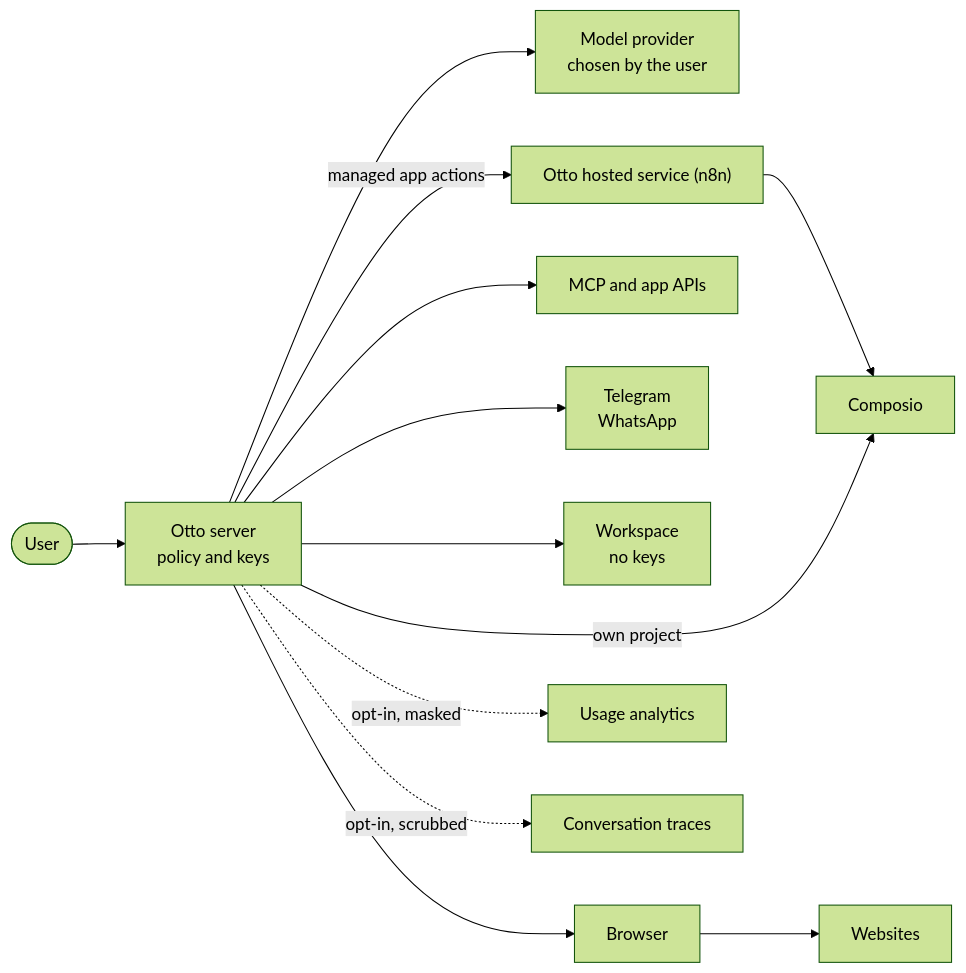
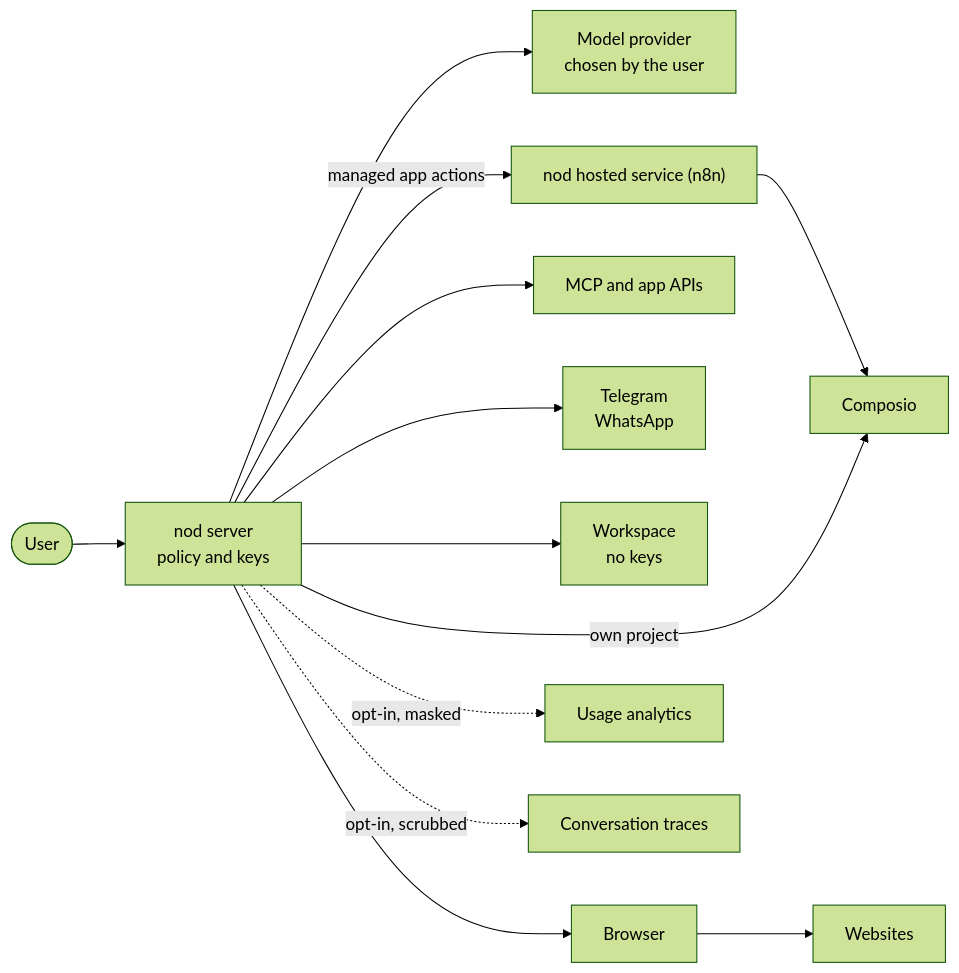
The diagram in docs/src/content/docs/trust/security-review.mdx (KrishBhimani/nod), drawn with Mermaid (forest theme) before and after one commit. The commit also changed other lines of this file and 380 other files, not shown here.

Commit message:
feat!: rename Otto to nod (#398)

````diff
--- a/docs/src/content/docs/trust/security-review.mdx
+++ b/docs/src/content/docs/trust/security-review.mdx
@@ -22,14 +22,14 @@
 ```mermaid
 flowchart LR
-  user([User]):::accent --> server[Otto server<br/>policy and keys]
+  user([User]):::accent --> server[nod server<br/>policy and keys]
   server --> model[Model provider<br/>chosen by the user]
-  server -- managed app actions --> managed["Otto hosted service (n8n)"]
+  server -- managed app actions --> managed["nod hosted service (n8n)"]
   managed --> composio[Composio]
   server -- own project --> composio
   server --> apps[MCP and app APIs]
   server --> chat[Telegram<br/>WhatsApp]
   server --> box[Workspace<br/>no keys]:::muted
   server --> browser[Browser]:::muted --> sites[Websites]
   server -. opt-in, masked .-> analytics[Usage analytics]:::muted
   server -. opt-in, scrubbed .-> traces[Conversation traces]:::muted
 ```
````
